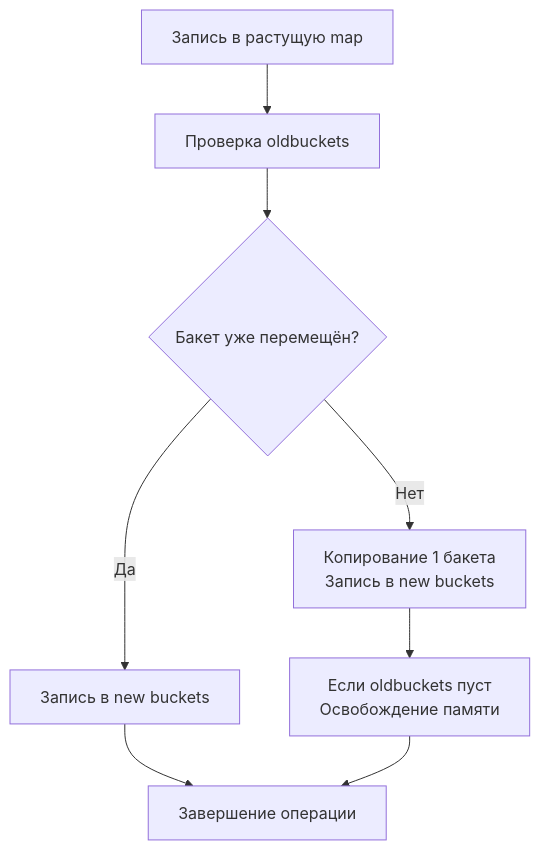
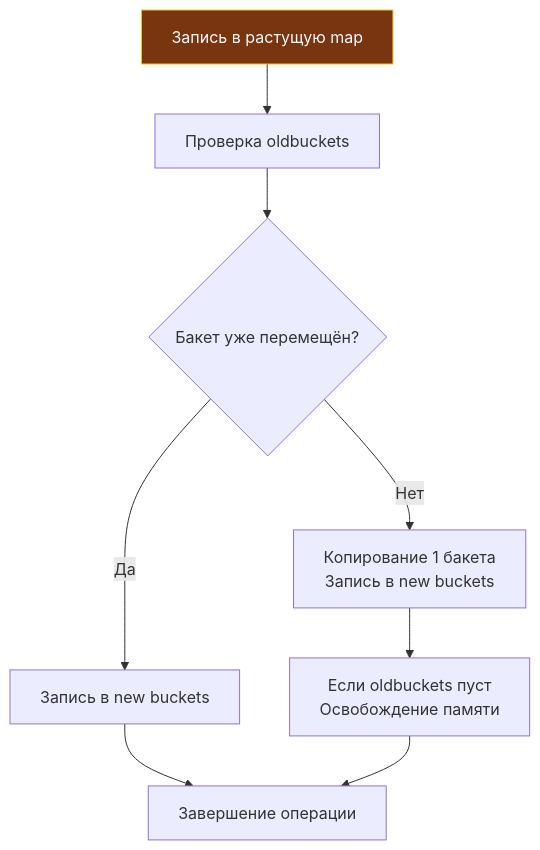
Before and after one commit to UnrealTemplier/go-textbook: the third of 3 diagrams in sources/21. Задачи с LeetCode и собеседований на Go/02. Задачи/26. Design задачи и структуры данных/5. Design HashMap.md, drawn with Mermaid. The commit also changed other lines of this file and 1666 other files, not shown here.

First line of the commit message:
feat(mermaid): add semantic color classDef to 1369 colorless flowchart/graph diagrams

````diff
--- a/sources/21. Задачи с LeetCode и собеседований на Go/02. Задачи/26. Design задачи и структуры данных/5. Design HashMap.md
+++ b/sources/21. Задачи с LeetCode и собеседований на Go/02. Задачи/26. Design задачи и структуры данных/5. Design HashMap.md
@@ -188,10 +208,20 @@
 ```mermaid
 flowchart TD
-  A["Запись в растущую map"] --> B["Проверка oldbuckets"]
+    classDef process  fill:#1e293b,stroke:#38bdf8,stroke-width:1px,color:#f8fafc
+    classDef success  fill:#064e3b,stroke:#34d399,stroke-width:1px,color:#f8fafc
+    classDef error    fill:#7f1d1d,stroke:#f87171,stroke-width:1px,color:#f8fafc
+    classDef warning  fill:#78350f,stroke:#fbbf24,stroke-width:1px,color:#f8fafc
+    classDef entry    fill:#1e3a5f,stroke:#38bdf8,stroke-width:2px,color:#f8fafc
+    classDef aux      fill:#334155,stroke:#64748b,stroke-width:1px,color:#f8fafc
+    classDef system   fill:#312e81,stroke:#a78bfa,stroke-width:1px,color:#f8fafc
+    classDef data     fill:#132d29,stroke:#2dd4bf,stroke-width:1px,color:#f8fafc
+    classDef network  fill:#881337,stroke:#fb7185,stroke-width:1px,color:#f8fafc
+    classDef accent   fill:#1e1b4b,stroke:#818cf8,stroke-width:1px,color:#f8fafc
+  A["Запись в растущую map"]:::warning --> B["Проверка oldbuckets"]
   B --> C{"Бакет уже перемещён?"}
   C -->|Да| D["Запись в new buckets"]
   C -->|Нет| E["Копирование 1 бакета<br>Запись в new buckets"]
   E --> F["Если oldbuckets пуст<br>Освобождение памяти"]
   D --> G["Завершение операции"]
   F --> G
 ```
````
